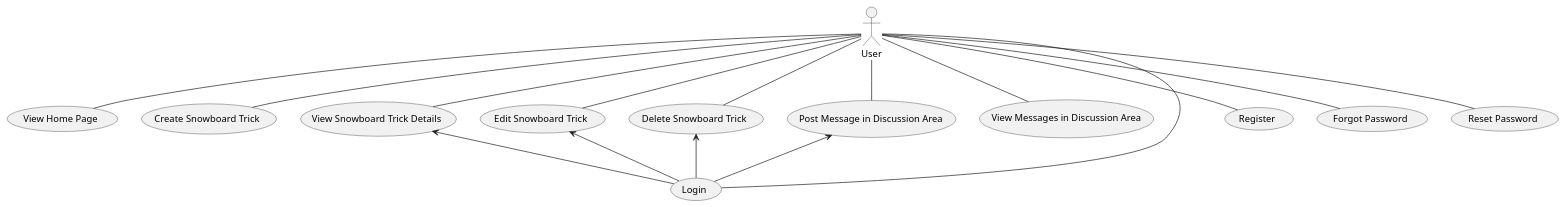
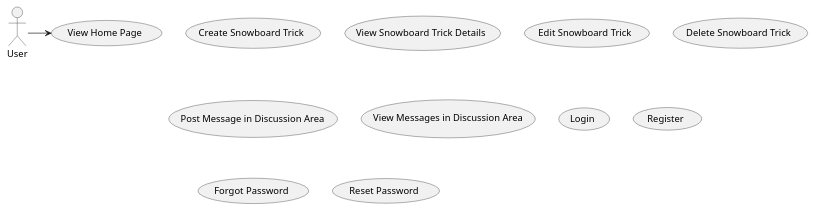
Before and after one commit to AlexisT37/Snowtricks: the diagram in UML/Use cases/usecase.puml, drawn with PlantUML. The commit also changed 9 other files, not shown here.

Commit message:
feat: add more uml

```diff
--- a/UML/Use cases/usecase.puml
+++ b/UML/Use cases/usecase.puml
@@ -1,34 +1,22 @@
 @startuml usecase
 
-Actor User
+actor User
 
-UseCase "View Home Page" as UC1
-UseCase "Create Snowboard Trick" as UC2
-UseCase "View Snowboard Trick Details" as UC3
-UseCase "Edit Snowboard Trick" as UC4
-UseCase "Delete Snowboard Trick" as UC5
-UseCase "Post Message in Discussion Area" as UC6
-UseCase "View Messages in Discussion Area" as UC7
-UseCase "Login" as UC8
-UseCase "Register" as UC9
-UseCase "Forgot Password" as UC10
-UseCase "Reset Password" as UC11
 
-User -- UC1
-User -- UC2
-User -- UC3
-User -- UC4
-User -- UC5
-User -- UC6
-User -- UC7
-User -- UC8
-User -- UC9
-User -- UC10
-User -- UC11
+usecase "View Home Page" as UC1
+usecase "Create Snowboard Trick" as UC2
+usecase "View Snowboard Trick Details" as UC3
+usecase "Edit Snowboard Trick" as UC4
+usecase "Delete Snowboard Trick" as UC5
+usecase "Post Message in Discussion Area" as UC6
+usecase "View Messages in Discussion Area" as UC7
+usecase "Login" as UC8
+usecase "Register" as UC9
+usecase "Forgot Password" as UC10
+usecase "Reset Password" as UC11
 
-UC3 <-- UC8
-UC4 <-- UC8
-UC5 <-- UC8
-UC6 <-- UC8
+User -> UC1
+
+
 
 @enduml
```
